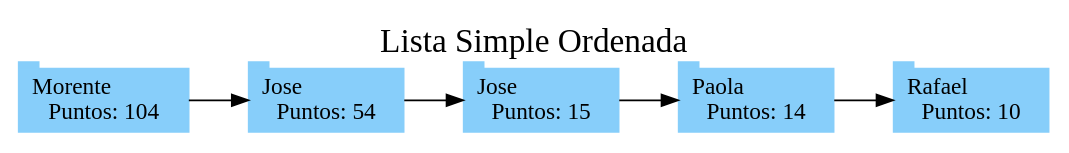
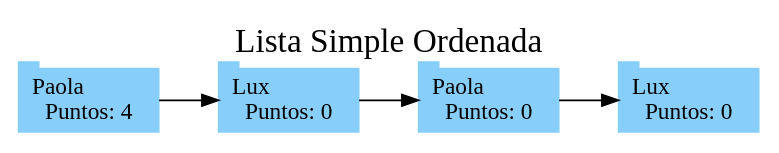
One commit to JoseMorente98/EDD-Proyecto-1 changed the diagram in EDD_1S2020_PY1_201801237/TableroPuntuacionLS.dot. Above: the diagram before and after it, drawn with Graphviz. The commit also changed 58 other files, not shown here.

```diff
--- a/EDD_1S2020_PY1_201801237/TableroPuntuacionLS.dot
+++ b/EDD_1S2020_PY1_201801237/TableroPuntuacionLS.dot
@@ -1,11 +1,9 @@
 digraph TableroPuntuacion {
- rankdir = LR; node[shape = tab, fontcolor = black, style = filled, color = lightskyblue];graph[label = "Lista Simple Ordenada", labelloc = t, fontsize = 20];Object0 [label = "Rafael\lPuntos: 10"];
-Object1 [label = "Paola\lPuntos: 14"];
-Object2 [label = "Jose\lPuntos: 15"];
-Object3 [label = "Jose\lPuntos: 54"];
-Object4 [label = "Morente\lPuntos: 104"];
-Object4->Object3;
+ rankdir = LR; node[shape = tab, fontcolor = black, style = filled, color = lightskyblue];graph[label = "Lista Simple Ordenada", labelloc = t, fontsize = 20];Object0 [label = "Lux\lPuntos: 0"];
+Object1 [label = "Paola\lPuntos: 0"];
+Object2 [label = "Lux\lPuntos: 0"];
+Object3 [label = "Paola\lPuntos: 4"];
 Object3->Object2;
 Object2->Object1;
 Object1->Object0;
 }
```
